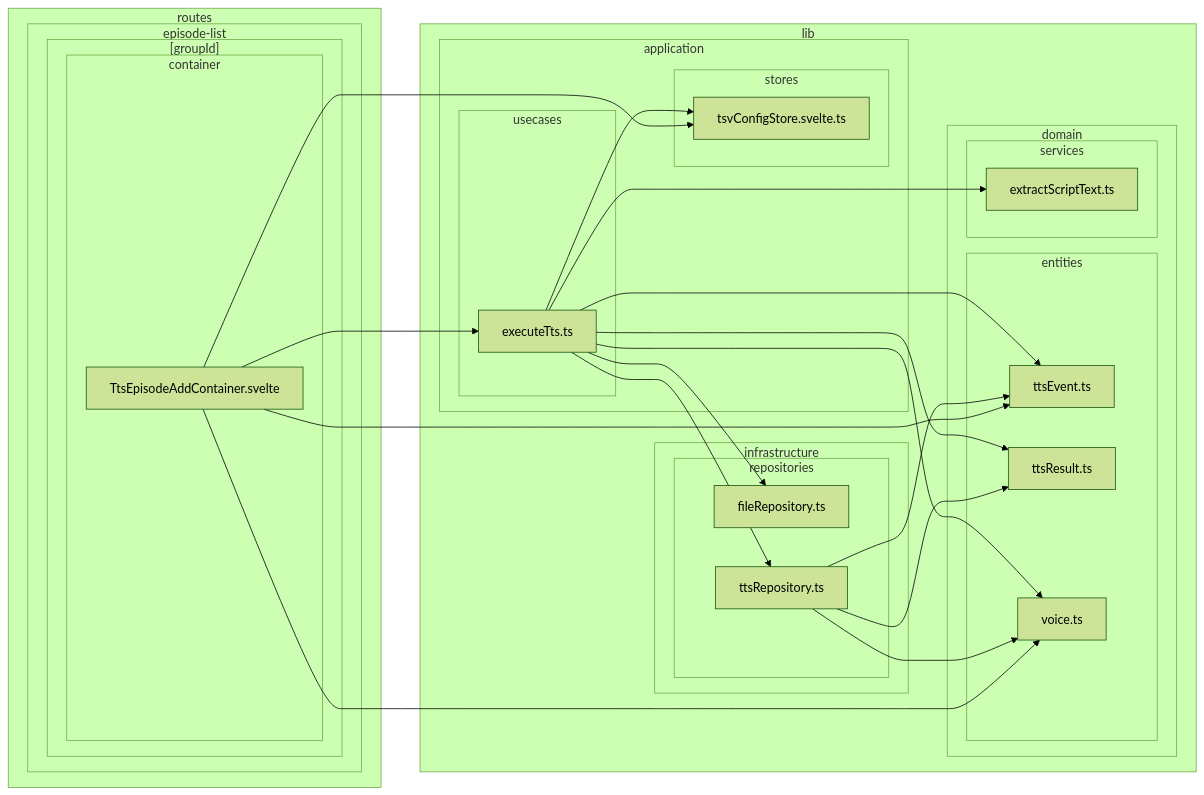
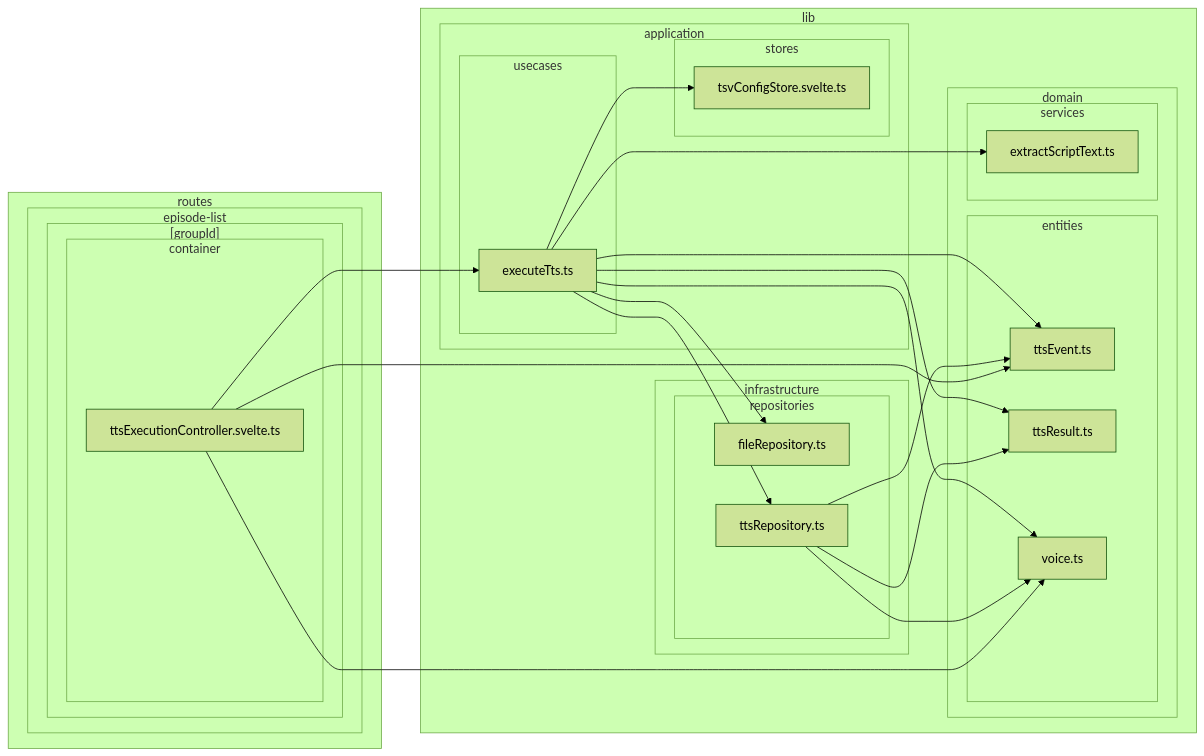
Diagram 13 of 38 in doc/dependency-graph.md (k5n/kotonoha), drawn with Mermaid (forest theme) before and after one commit. The commit also changed other lines of this file and 3 other files, not shown here.

Commit message:
refactor: implement TTS execution and model download controllers for improved modularity

````diff
--- a/doc/dependency-graph.md
+++ b/doc/dependency-graph.md
@@ -583,52 +587,51 @@
 ```mermaid
 graph LR
         subgraph sg_lib ["lib"]
             subgraph sg_lib_application ["application"]
                 subgraph sg_lib_application_stores ["stores"]
                     src_lib_application_stores_tsvConfigStore_svelte_ts["tsvConfigStore.svelte.ts"]
                 end
                 subgraph sg_lib_application_usecases ["usecases"]
                     src_lib_application_usecases_executeTts_ts["executeTts.ts"]
                 end
             end
             subgraph sg_lib_domain ["domain"]
                 subgraph sg_lib_domain_entities ["entities"]
                     src_lib_domain_entities_ttsEvent_ts["ttsEvent.ts"]
                     src_lib_domain_entities_ttsResult_ts["ttsResult.ts"]
                     src_lib_domain_entities_voice_ts["voice.ts"]
                 end
                 subgraph sg_lib_domain_services ["services"]
                     src_lib_domain_services_extractScriptText_ts["extractScriptText.ts"]
                 end
             end
             subgraph sg_lib_infrastructure ["infrastructure"]
                 subgraph sg_lib_infrastructure_repositories ["repositories"]
                     src_lib_infrastructure_repositories_fileRepository_ts["fileRepository.ts"]
                     src_lib_infrastructure_repositories_ttsRepository_ts["ttsRepository.ts"]
                 end
             end
         end
         subgraph sg_routes ["routes"]
             subgraph sg_routes_episode_list ["episode-list"]
                 subgraph sg_routes_episode_list__groupId_ ["[groupId]"]
                     subgraph sg_routes_episode_list__groupId__container ["container"]
-                        src_routes_episode_list__groupId__container_TtsEpisodeAddContainer_svelte["TtsEpisodeAddContainer.svelte"]
+                        src_routes_episode_list__groupId__container_ttsExecutionController_svelte_ts["ttsExecutionController.svelte.ts"]
                     end
                 end
             end
         end
     src_lib_application_usecases_executeTts_ts --> src_lib_application_stores_tsvConfigStore_svelte_ts
     src_lib_application_usecases_executeTts_ts --> src_lib_domain_entities_ttsEvent_ts
     src_lib_application_usecases_executeTts_ts --> src_lib_domain_entities_ttsResult_ts
     src_lib_application_usecases_executeTts_ts --> src_lib_domain_entities_voice_ts
     src_lib_application_usecases_executeTts_ts --> src_lib_domain_services_extractScriptText_ts
     src_lib_application_usecases_executeTts_ts --> src_lib_infrastructure_repositories_fileRepository_ts
     src_lib_application_usecases_executeTts_ts --> src_lib_infrastructure_repositories_ttsRepository_ts
     src_lib_infrastructure_repositories_ttsRepository_ts --> src_lib_domain_entities_ttsEvent_ts
     src_lib_infrastructure_repositories_ttsRepository_ts --> src_lib_domain_entities_ttsResult_ts
     src_lib_infrastructure_repositories_ttsRepository_ts --> src_lib_domain_entities_voice_ts
-    src_routes_episode_list__groupId__container_TtsEpisodeAddContainer_svelte --> src_lib_application_stores_tsvConfigStore_svelte_ts
-    src_routes_episode_list__groupId__container_TtsEpisodeAddContainer_svelte --> src_lib_application_usecases_executeTts_ts
-    src_routes_episode_list__groupId__container_TtsEpisodeAddContainer_svelte --> src_lib_domain_entities_ttsEvent_ts
-    src_routes_episode_list__groupId__container_TtsEpisodeAddContainer_svelte --> src_lib_domain_entities_voice_ts
+    src_routes_episode_list__groupId__container_ttsExecutionController_svelte_ts --> src_lib_application_usecases_executeTts_ts
+    src_routes_episode_list__groupId__container_ttsExecutionController_svelte_ts --> src_lib_domain_entities_ttsEvent_ts
+    src_routes_episode_list__groupId__container_ttsExecutionController_svelte_ts --> src_lib_domain_entities_voice_ts
 ```
````
